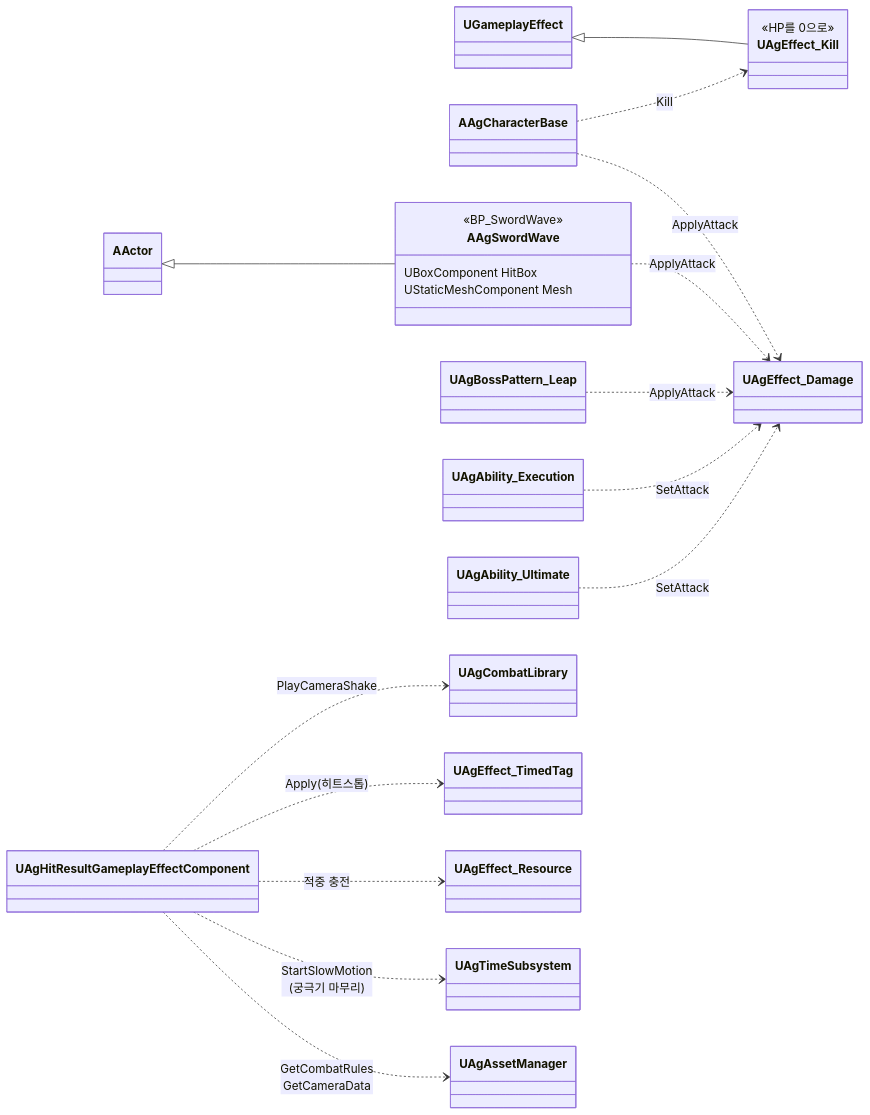
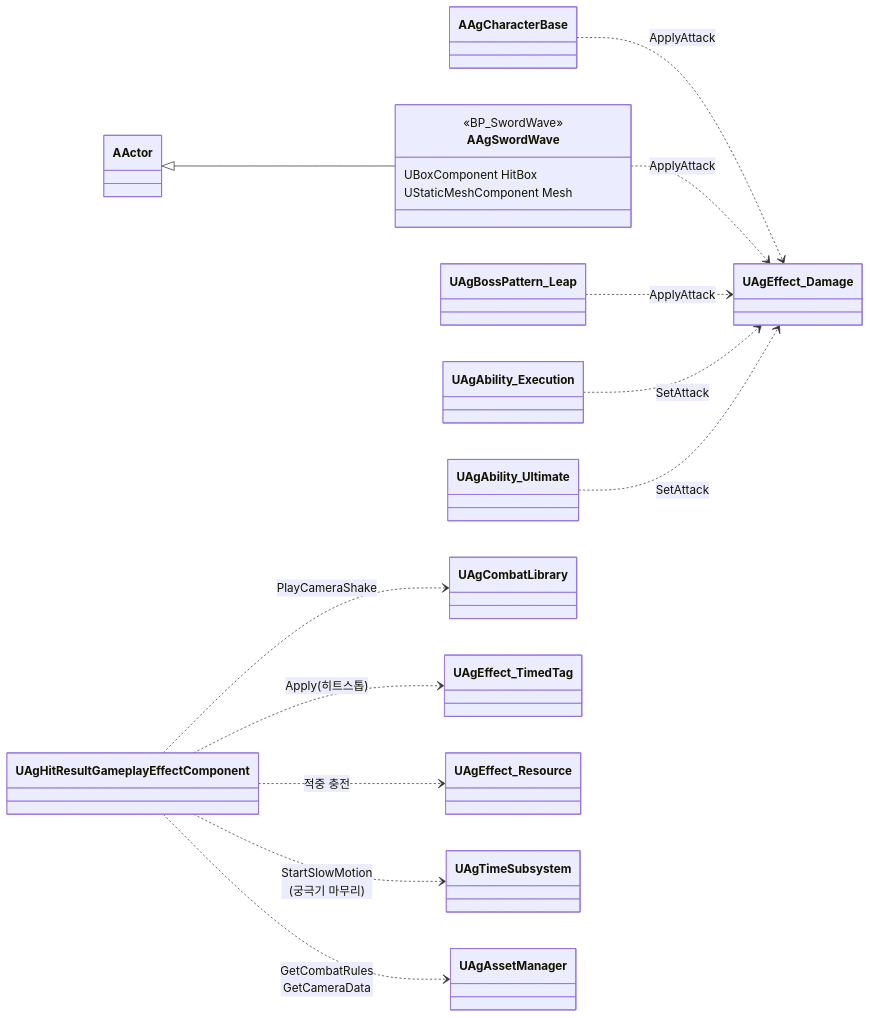
One commit to Woogl/Ag changed the second of 3 diagrams in Docs/Program/대미지와 피격 처리.md. Above: the diagram before and after it, drawn with Mermaid. The commit also changed other lines of this file and 3 other files, not shown here.

````diff
--- a/Docs/Program/대미지와 피격 처리.md
+++ b/Docs/Program/대미지와 피격 처리.md
@@ -52,26 +51,21 @@
 ```mermaid
 classDiagram
     direction LR
     class AAgSwordWave {
         <<BP_SwordWave>>
         UBoxComponent HitBox
         UStaticMeshComponent Mesh
     }
-    class UAgEffect_Kill {
-        <<HP를 0으로>>
-    }
     AActor <|-- AAgSwordWave
-    UGameplayEffect <|-- UAgEffect_Kill
 
     AAgCharacterBase ..> UAgEffect_Damage : ApplyAttack
     AAgSwordWave ..> UAgEffect_Damage : ApplyAttack
     UAgBossPattern_Leap ..> UAgEffect_Damage : ApplyAttack
     UAgAbility_Execution ..> UAgEffect_Damage : SetAttack
     UAgAbility_Ultimate ..> UAgEffect_Damage : SetAttack
-    AAgCharacterBase ..> UAgEffect_Kill : Kill
     UAgHitResultGameplayEffectComponent ..> UAgCombatLibrary : PlayCameraShake
     UAgHitResultGameplayEffectComponent ..> UAgEffect_TimedTag : Apply(히트스톱)
     UAgHitResultGameplayEffectComponent ..> UAgEffect_Resource : 적중 충전
     UAgHitResultGameplayEffectComponent ..> UAgTimeSubsystem : StartSlowMotion<br>(궁극기 마무리)
     UAgHitResultGameplayEffectComponent ..> UAgAssetManager : GetCombatRules<br>GetCameraData
 ```
````
